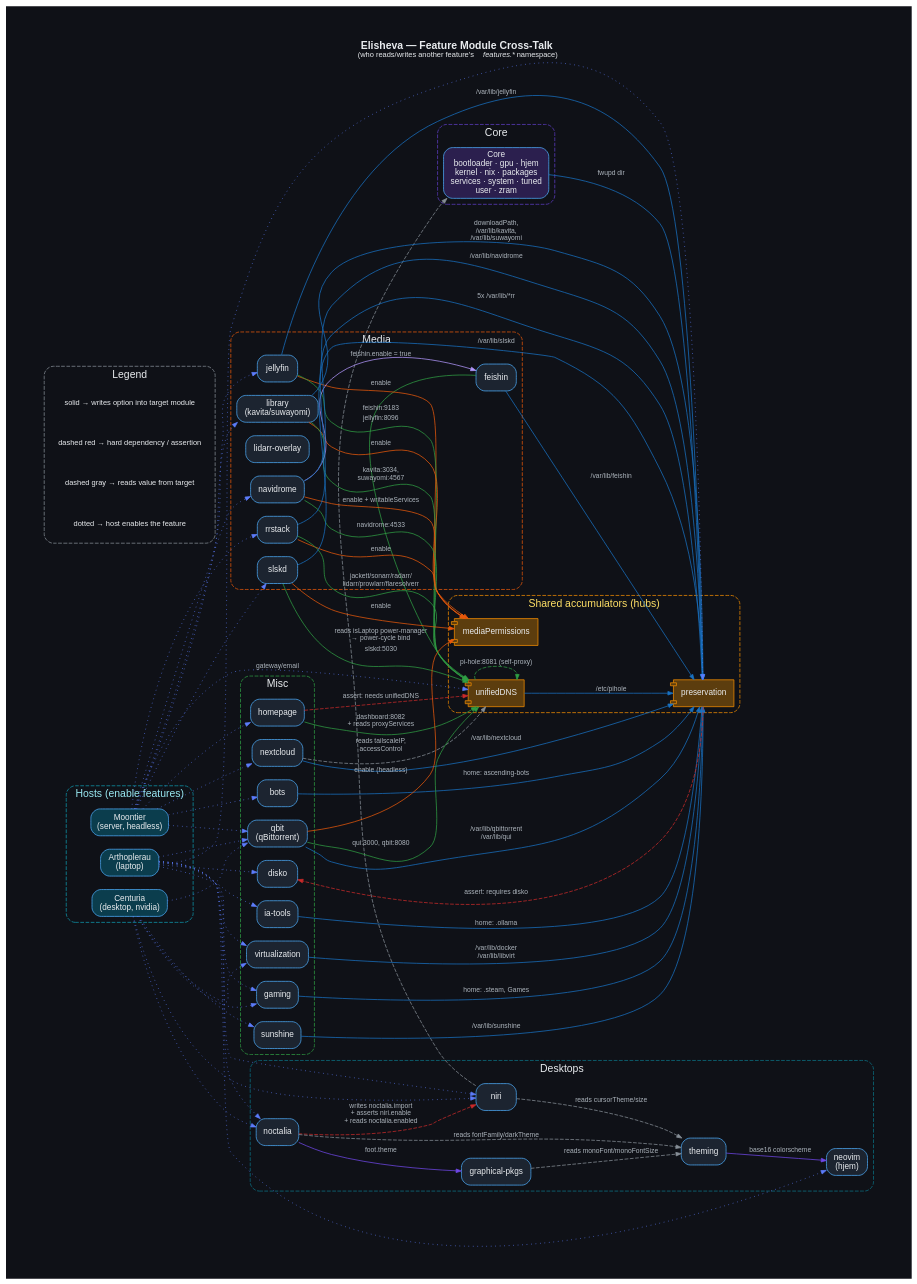
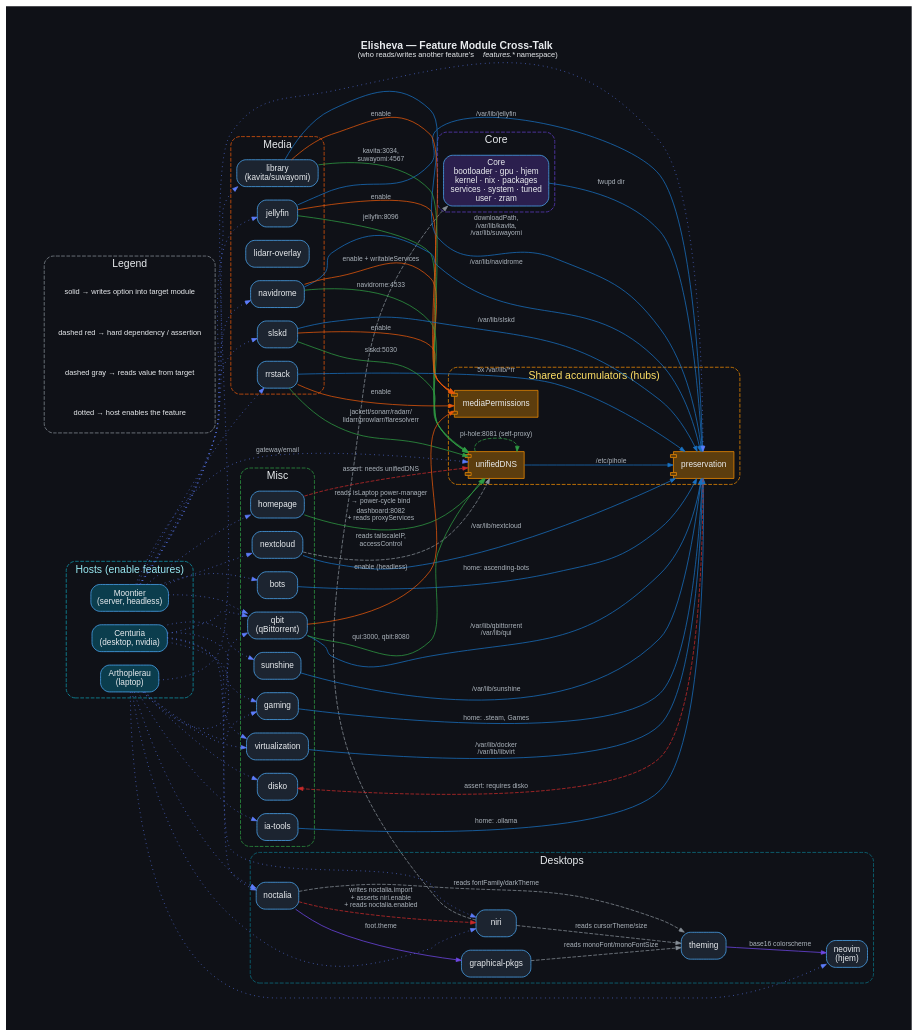
One commit to rPlakama/Elisheva changed the diagram in images/modules-cross-talk.gv. Above: the diagram before and after it, drawn with Graphviz. The commit also changed 5 other files, not shown here.

```diff
--- a/images/modules-cross-talk.gv
+++ b/images/modules-cross-talk.gv
@@ -1,175 +1,171 @@
 digraph cross_talk {
   rankdir = LR;
   splines = spline;
   bgcolor = "#0f1117";
   pad = 0.6;
   fontname = "sans-serif";
   fontcolor = "#e9ecef";
   labelloc = "t";
   label = <<B>Elisheva — Feature Module Cross-Talk</B><br/><font point-size="10">(who reads/writes another feature's <i>features.*</i> namespace)</font>>;
 
   node [fontname = "sans-serif", fontsize = 11, color = "#4dabf7", fontcolor = "#e9ecef", shape = box, style = "rounded,filled", fillcolor = "#1c2430"];
 
   edge [fontname = "sans-serif", fontsize = 9, fontcolor = "#adb5bd", arrowsize = 0.7];
 
   subgraph cluster_core {
     label = "Core";
     fontcolor = "#e9ecef";
     style = "dashed,rounded";
     color = "#5f3dc4";
     core [label = "Core\nbootloader · gpu · hjem\nkernel · nix · packages\nservices · system · tuned\nuser · zram", fillcolor = "#2b1f4e"];
   }
 
   subgraph cluster_desktop {
     label = "Desktops";
     fontcolor = "#e9ecef";
     style = "dashed,rounded";
     color = "#0b7285";
     graphicalPkgs [label = "graphical-pkgs"];
     niri [label = "niri"];
     noctalia [label = "noctalia"];
     theming [label = "theming"];
     neovim [label = "neovim\n(hjem)"];
   }
 
   subgraph cluster_media {
     label = "Media";
     fontcolor = "#e9ecef";
     style = "dashed,rounded";
     color = "#e8590c";
-    feishin [label = "feishin"];
     jellyfin [label = "jellyfin"];
     library [label = "library\n(kavita/suwayomi)"];
     lidarr_overlay [label = "lidarr-overlay"];
     navidrome [label = "navidrome"];
     rrstack [label = "rrstack"];
     slskd [label = "slskd"];
   }
 
   subgraph cluster_misc {
     label = "Misc";
     fontcolor = "#e9ecef";
     style = "dashed,rounded";
     color = "#2f9e44";
     bots [label = "bots"];
     disko [label = "disko"];
     gaming [label = "gaming"];
     homepage [label = "homepage"];
     ia_tools [label = "ia-tools"];
     nextcloud [label = "nextcloud"];
     qbit [label = "qbit\n(qBittorrent)"];
     sunshine [label = "sunshine"];
     virtualization [label = "virtualization"];
   }
 
   subgraph cluster_hubs {
     label = "Shared accumulators (hubs)";
     fontcolor = "#ffe066";
     style = "dashed,rounded";
     color = "#f08c00";
     preservation [label = "preservation", shape = component, fillcolor = "#5c3d0e", color = "#f08c00"];
     mediaPermissions [label = "mediaPermissions", shape = component, fillcolor = "#5c3d0e", color = "#f08c00"];
     unifiedDNS [label = "unifiedDNS", shape = component, fillcolor = "#5c3d0e", color = "#f08c00"];
   }
 
   subgraph cluster_hosts {
     label = "Hosts (enable features)";
     fontcolor = "#99e9f2";
     style = "dashed,rounded";
     color = "#1098ad";
     moontier [label = "Moontier\n(server, headless)", fillcolor = "#0b3d4d"];
     centuria [label = "Centuria\n(desktop, nvidia)", fillcolor = "#0b3d4d"];
     arthoplerau [label = "Arthoplerau\n(laptop)", fillcolor = "#0b3d4d"];
   }
 
   /* ---- Core -> others ---- */
   core -> preservation [label = "fwupd dir", color = "#1971c2"];
 
   /* ---- Desktops cross-talk ---- */
   niri -> theming [label = "reads cursorTheme/size", color = "#868e96", style = "dashed"];
   noctalia -> theming [label = "reads fontFamily/darkTheme", color = "#868e96", style = "dashed"];
   graphicalPkgs -> theming [label = "reads monoFont/monoFontSize", color = "#868e96", style = "dashed"];
   theming -> neovim [label = "base16 colorscheme", color = "#7048e8"];
   noctalia -> niri [label = "writes noctalia.import\n+ asserts niri.enable\n+ reads noctalia.enabled", color = "#c92a2a", style = "dashed"];
   noctalia -> graphicalPkgs [label = "foot.theme", color = "#7048e8"];
   niri -> core [label = "reads isLaptop power-manager\n→ power-cycle bind", color = "#868e96", style = "dashed"];
 
   /* ---- Media -> hubs ---- */
-  feishin -> unifiedDNS [label = "feishin:9183", color = "#2f9e44"];
-  feishin -> preservation [label = "/var/lib/feishin", color = "#1971c2"];
   jellyfin -> mediaPermissions [label = "enable", color = "#e8590c"];
   jellyfin -> preservation [label = "/var/lib/jellyfin", color = "#1971c2"];
   jellyfin -> unifiedDNS [label = "jellyfin:8096", color = "#2f9e44"];
   library -> mediaPermissions [label = "enable", color = "#e8590c"];
   library -> preservation [label = "downloadPath,\n/var/lib/kavita,\n/var/lib/suwayomi", color = "#1971c2"];
   library -> unifiedDNS [label = "kavita:3034,\nsuwayomi:4567", color = "#2f9e44"];
-  navidrome -> feishin [label = "feishin.enable = true", color = "#b197fc"];
   navidrome -> mediaPermissions [label = "enable + writableServices", color = "#e8590c"];
   navidrome -> preservation [label = "/var/lib/navidrome", color = "#1971c2"];
   navidrome -> unifiedDNS [label = "navidrome:4533", color = "#2f9e44"];
   rrstack -> mediaPermissions [label = "enable", color = "#e8590c"];
   rrstack -> preservation [label = "5x /var/lib/*rr", color = "#1971c2"];
   rrstack -> unifiedDNS [label = "jackett/sonarr/radarr/\nlidarr/prowlarr/flaresolverr", color = "#2f9e44"];
   slskd -> mediaPermissions [label = "enable", color = "#e8590c"];
   slskd -> preservation [label = "/var/lib/slskd", color = "#1971c2"];
   slskd -> unifiedDNS [label = "slskd:5030", color = "#2f9e44"];
 
   /* ---- Misc -> hubs ---- */
   bots -> preservation [label = "home: ascending-bots", color = "#1971c2"];
   gaming -> preservation [label = "home: .steam, Games", color = "#1971c2"];
   homepage -> unifiedDNS [label = "dashboard:8082\n+ reads proxyServices", color = "#2f9e44"];
   homepage -> unifiedDNS [label = "assert: needs unifiedDNS", color = "#c92a2a", style = "dashed"];
   ia_tools -> preservation [label = "home: .ollama", color = "#1971c2"];
   nextcloud -> preservation [label = "/var/lib/nextcloud", color = "#1971c2"];
   nextcloud -> unifiedDNS [label = "reads tailscaleIP,\naccessControl", color = "#868e96", style = "dashed"];
   qbit -> mediaPermissions [label = "enable (headless)", color = "#e8590c"];
   qbit -> preservation [label = "/var/lib/qbittorrent\n/var/lib/qui", color = "#1971c2"];
   qbit -> unifiedDNS [label = "qui:3000, qbit:8080", color = "#2f9e44"];
   sunshine -> preservation [label = "/var/lib/sunshine", color = "#1971c2"];
   virtualization -> preservation [label = "/var/lib/docker\n/var/lib/libvirt", color = "#1971c2"];
   unifiedDNS -> preservation [label = "/etc/pihole", color = "#1971c2"];
   unifiedDNS -> unifiedDNS [label = "pi-hole:8081 (self-proxy)", color = "#2f9e44", style = "dashed"];
   preservation -> disko [label = "assert: requires disko", color = "#c92a2a", style = "dashed"];
 
   /* ---- Hosts -> features ---- */
   moontier -> unifiedDNS [label = "gateway/email", color = "#5c7cfa", style = "dotted"];
   moontier -> library [label = "", color = "#5c7cfa", style = "dotted"];
   moontier -> rrstack [label = "", color = "#5c7cfa", style = "dotted"];
   moontier -> qbit [label = "", color = "#5c7cfa", style = "dotted"];
   moontier -> slskd [label = "", color = "#5c7cfa", style = "dotted"];
   moontier -> homepage [label = "", color = "#5c7cfa", style = "dotted"];
   moontier -> nextcloud [label = "", color = "#5c7cfa", style = "dotted"];
   moontier -> jellyfin [label = "", color = "#5c7cfa", style = "dotted"];
   moontier -> navidrome [label = "", color = "#5c7cfa", style = "dotted"];
   moontier -> bots [label = "", color = "#5c7cfa", style = "dotted"];
 
   centuria -> niri [label = "", color = "#5c7cfa", style = "dotted"];
   centuria -> noctalia [label = "", color = "#5c7cfa", style = "dotted"];
   centuria -> gaming [label = "", color = "#5c7cfa", style = "dotted"];
   centuria -> sunshine [label = "", color = "#5c7cfa", style = "dotted"];
   centuria -> qbit [label = "", color = "#5c7cfa", style = "dotted"];
   centuria -> virtualization [label = "", color = "#5c7cfa", style = "dotted"];
 
   arthoplerau -> niri [label = "", color = "#5c7cfa", style = "dotted"];
   arthoplerau -> noctalia [label = "", color = "#5c7cfa", style = "dotted"];
   arthoplerau -> gaming [label = "", color = "#5c7cfa", style = "dotted"];
   arthoplerau -> qbit [label = "", color = "#5c7cfa", style = "dotted"];
   arthoplerau -> virtualization [label = "", color = "#5c7cfa", style = "dotted"];
   arthoplerau -> ia_tools [label = "", color = "#5c7cfa", style = "dotted"];
   arthoplerau -> disko [label = "", color = "#5c7cfa", style = "dotted"];
   arthoplerau -> preservation [label = "", color = "#5c7cfa", style = "dotted"];
   arthoplerau -> neovim [label = "", color = "#5c7cfa", style = "dotted"];
 
   /* ---- Legend ---- */
   subgraph cluster_legend {
     label = "Legend";
     fontcolor = "#e9ecef";
     style = "dashed,rounded";
     color = "#868e96";
     node [shape = plaintext, fillcolor = "transparent", color = "transparent", fontsize = 10];
     l1 [label = "solid → writes option into target module"];
     l2 [label = "dashed red → hard dependency / assertion"];
     l3 [label = "dashed gray → reads value from target"];
     l4 [label = "dotted → host enables the feature"];
   }
 }
```
